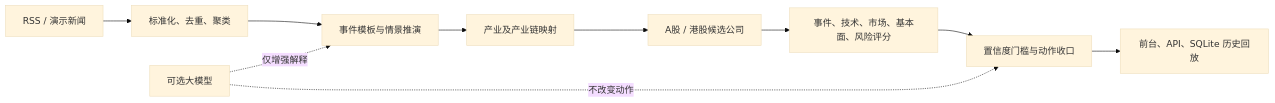
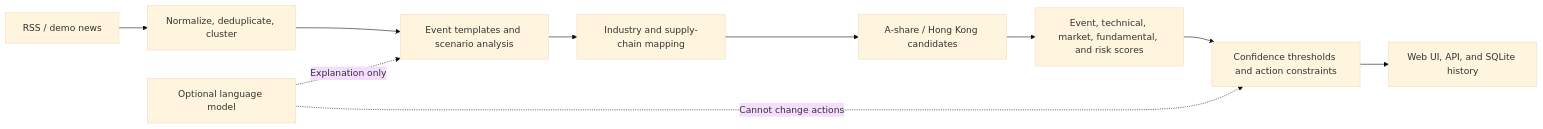
The diagram in README.md (wangfan36/news-event-stock-platform), drawn with Mermaid (base theme) before and after one commit. The commit also changed other lines of this file and 1 other file, not shown here.

````diff
--- a/README.md
+++ b/README.md
@@ -66,12 +68,12 @@
 ```mermaid
 flowchart LR
-    A["RSS / 演示新闻"] --> B["标准化、去重、聚类"]
-    B --> C["事件模板与情景推演"]
-    C --> D["产业及产业链映射"]
-    D --> E["A股 / 港股候选公司"]
-    E --> F["事件、技术、市场、基本面、风险评分"]
-    F --> G["置信度门槛与动作收口"]
-    G --> H["前台、API、SQLite 历史回放"]
-    I["可选大模型"] -. "仅增强解释" .-> C
-    I -. "不改变动作" .-> G
+    A["RSS / demo news"] --> B["Normalize, deduplicate, cluster"]
+    B --> C["Event templates and scenario analysis"]
+    C --> D["Industry and supply-chain mapping"]
+    D --> E["A-share / Hong Kong candidates"]
+    E --> F["Event, technical, market, fundamental, and risk scores"]
+    F --> G["Confidence thresholds and action constraints"]
+    G --> H["Web UI, API, and SQLite history"]
+    I["Optional language model"] -. "Explanation only" .-> C
+    I -. "Cannot change actions" .-> G
 ```
````
